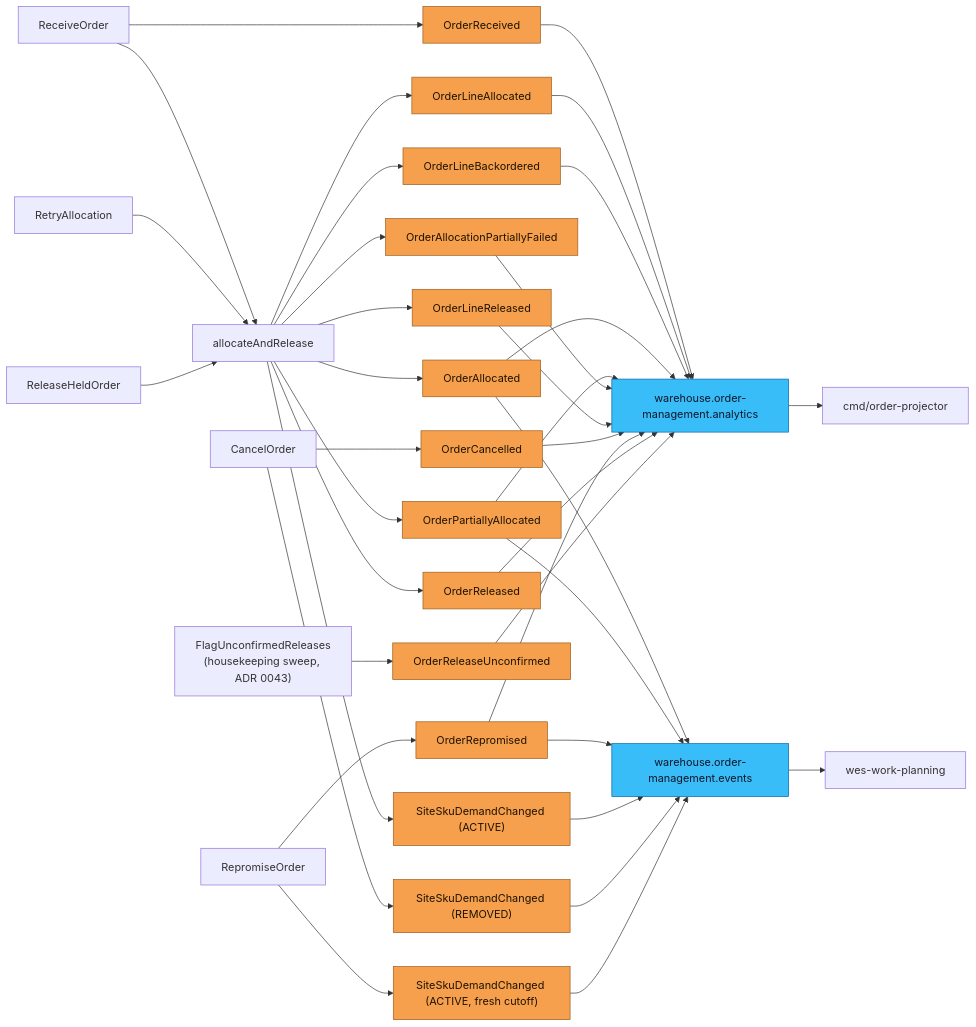
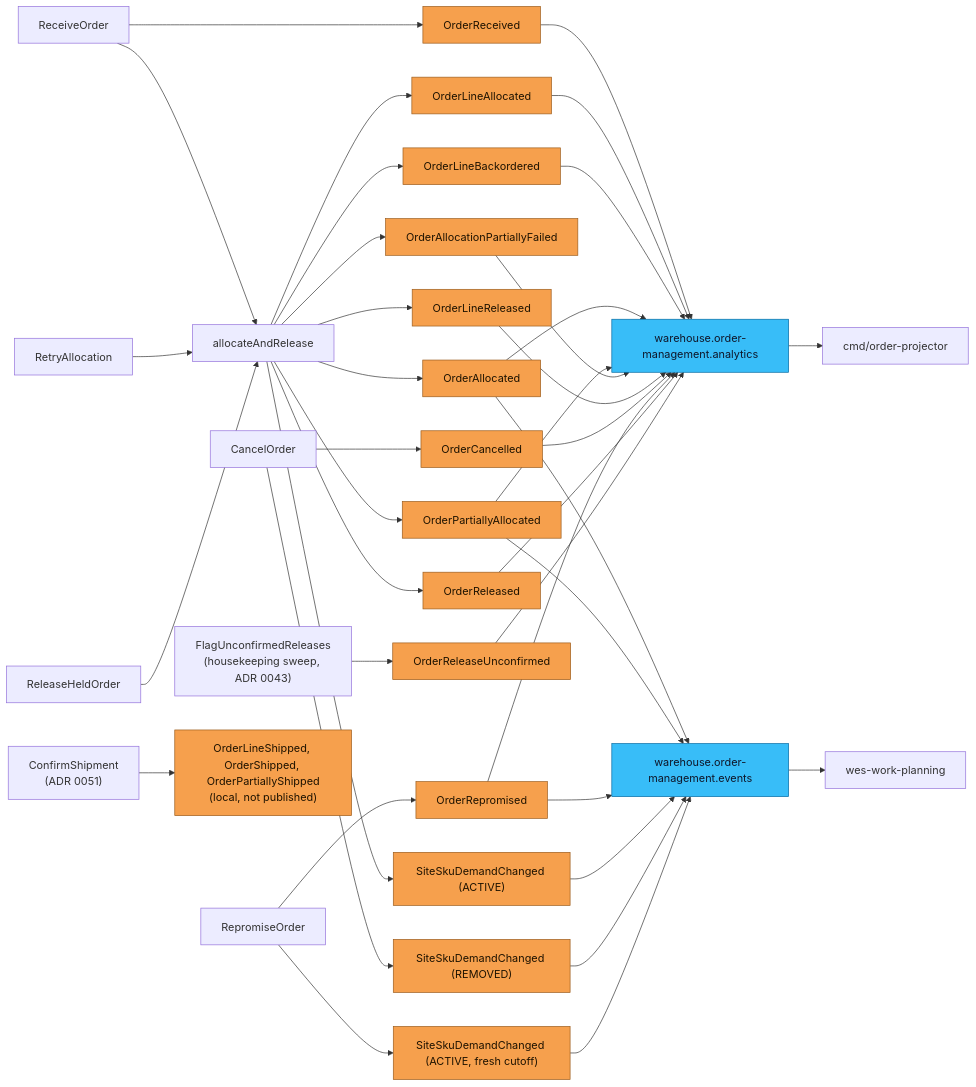
One commit to IQVO/order-management changed the diagram in docs/docs/ddd/domain-events.md. Above: the diagram before and after it, drawn with Mermaid. The commit also changed other lines of this file and 19 other files, not shown here.

Commit message:
docs: document the outbound-shipping consumer (ADR 0051), shipment_processed_events, ADR index

````diff
--- a/docs/docs/ddd/domain-events.md
+++ b/docs/docs/ddd/domain-events.md
@@ -236,31 +262,32 @@
 ```mermaid
 flowchart LR
   RO["ReceiveOrder"] --> E1["OrderReceived"]
   RO --> AR["allocateAndRelease"]
   RA["RetryAllocation"] --> AR
   RH["ReleaseHeldOrder"] --> AR
   AR --> E2["OrderLineAllocated"]
   AR --> E3["OrderLineBackordered"]
   AR --> E4["OrderAllocated"]
   AR --> E5["OrderPartiallyAllocated"]
   AR --> E6["OrderAllocationPartiallyFailed"]
   AR --> E7["OrderLineReleased"]
   AR --> E10["OrderReleased"]
   AR --> E11["SiteSkuDemandChanged (ACTIVE)"]
   CO["CancelOrder"] --> E8["OrderCancelled"]
   CO --> E12["SiteSkuDemandChanged (REMOVED)"]
   RP["RepromiseOrder"] --> E9["OrderRepromised"]
   RP --> E13["SiteSkuDemandChanged (ACTIVE, fresh cutoff)"]
   FU["FlagUnconfirmedReleases<br/>(housekeeping sweep, ADR 0043)"] --> E14["OrderReleaseUnconfirmed"]
+  CS["ConfirmShipment<br/>(ADR 0051)"] --> E15["OrderLineShipped, OrderShipped, OrderPartiallyShipped<br/>(local, not published)"]
 
   E1 & E2 & E3 & E4 & E5 & E6 & E7 & E8 & E9 & E10 & E14 --> AN["warehouse.order-management.analytics"]
   E4 & E5 & E9 --> INT["warehouse.order-management.events"]
   E11 & E12 & E13 --> INT
   INT --> WP["wes-work-planning"]
   AN --> PJ["cmd/order-projector"]
 
   classDef ev fill:#f6a04d,stroke:#9a5b1c,color:#1f1300;
   classDef topic fill:#38bdf8,stroke:#0369a1,color:#0f172a;
-  class E1,E2,E3,E4,E5,E6,E7,E8,E9,E10,E11,E12,E13,E14 ev;
+  class E1,E2,E3,E4,E5,E6,E7,E8,E9,E10,E11,E12,E13,E14,E15 ev;
   class AN,INT topic;
 ```
````
